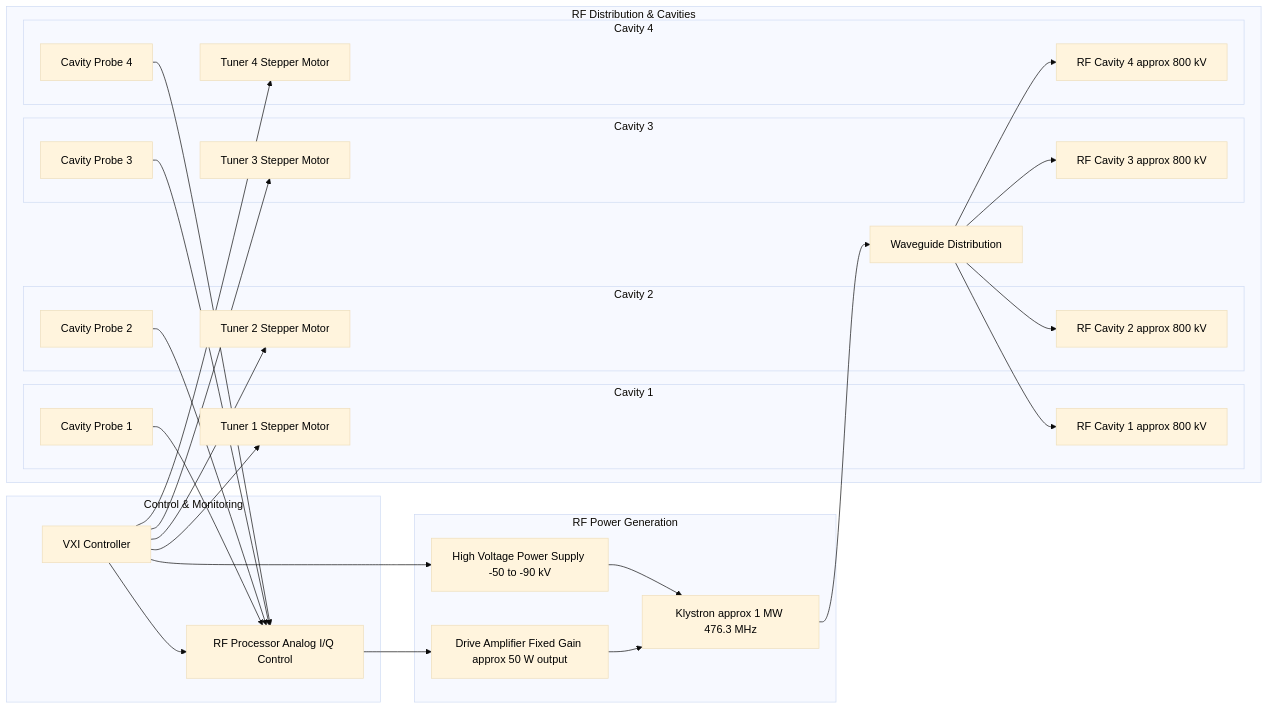
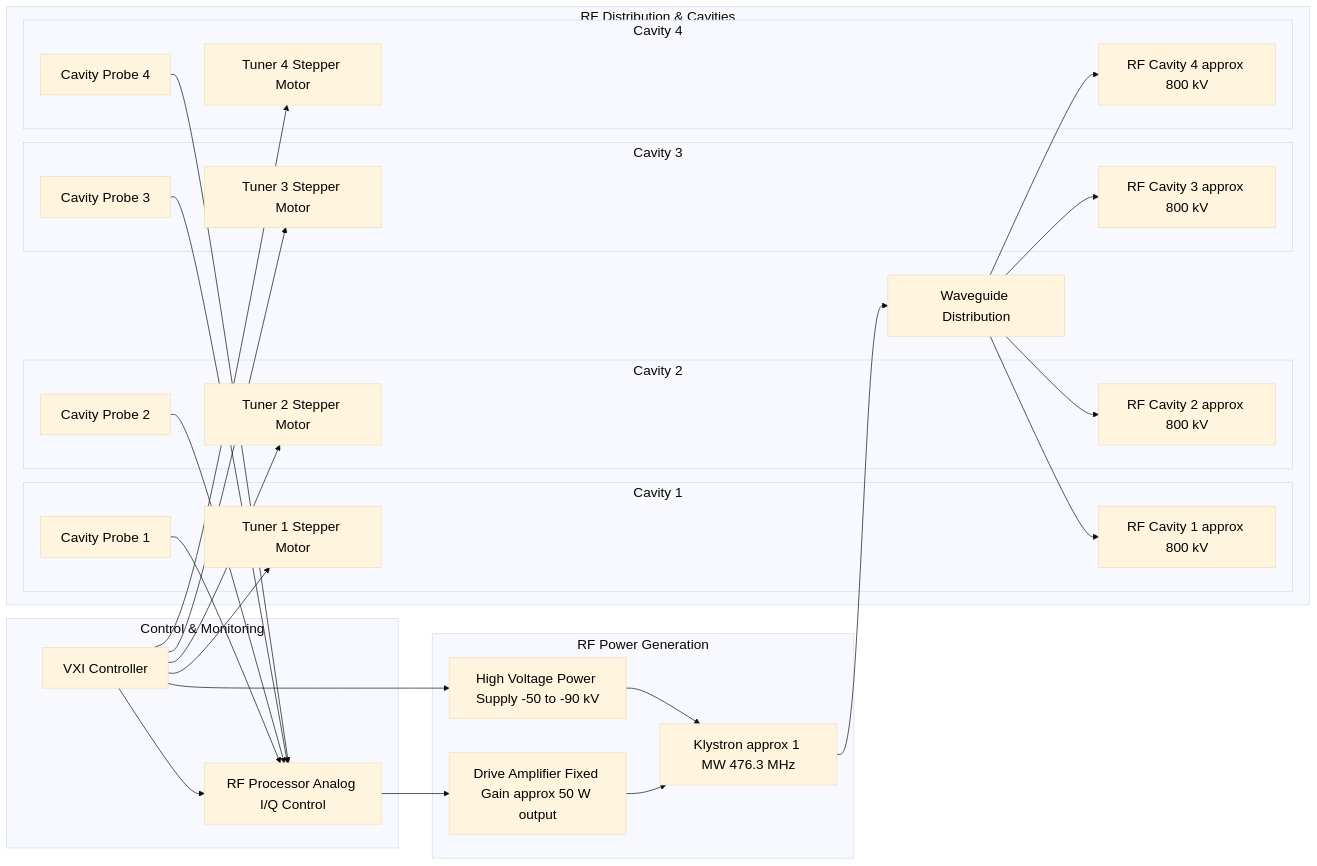
Before and after one commit to fayaw/spearlegacyLLRF: the second of 18 diagrams in SPEAR3_LLRF_COMPREHENSIVE_ANALYSIS.md, drawn with Mermaid. The commit also changed other lines of this file, not shown here.

First line of the commit message:
Increase font to 20px on 7 diagrams, fix lead screw spec from 20 TPI to 1/2-10 Acme

````diff
--- a/SPEAR3_LLRF_COMPREHENSIVE_ANALYSIS.md
+++ b/SPEAR3_LLRF_COMPREHENSIVE_ANALYSIS.md
@@ -74,64 +74,64 @@
 ```mermaid
-%%{init: {'theme':'base', 'themeVariables': {'fontSize': '16px', 'fontFamily': 'Arial', 'primaryTextColor': '#000000'}}}%%
+%%{init: {'theme':'base', 'themeVariables': {'fontSize': '20px', 'fontFamily': 'Arial', 'primaryTextColor': '#000000'}}}%%
 graph LR
  subgraph "RF Power Generation"
  HVPS[High Voltage Power Supply -50 to -90 kV]
  Drive[Drive Amplifier Fixed Gain approx 50 W output]
  Klystron[Klystron approx 1 MW 476.3 MHz]
  end
  
  subgraph "RF Distribution & Cavities"
  WG[Waveguide Distribution]
  
  subgraph "Cavity 1"
  C1[RF Cavity 1 approx 800 kV]
  T1[Tuner 1 Stepper Motor]
  P1[Cavity Probe 1]
  end
  
  subgraph "Cavity 2"
  C2[RF Cavity 2 approx 800 kV]
  T2[Tuner 2 Stepper Motor]
  P2[Cavity Probe 2]
  end
  
  subgraph "Cavity 3"
  C3[RF Cavity 3 approx 800 kV]
  T3[Tuner 3 Stepper Motor]
  P3[Cavity Probe 3]
  end
  
  subgraph "Cavity 4"
  C4[RF Cavity 4 approx 800 kV]
  T4[Tuner 4 Stepper Motor]
  P4[Cavity Probe 4]
  end
  end
  
  subgraph "Control & Monitoring"
  RFP[RF Processor Analog I/Q Control]
  VXI[VXI Controller]
  end
  
  HVPS --> Klystron
  Drive --> Klystron
  RFP --> Drive
  Klystron --> WG
  
  WG --> C1
  WG --> C2
  WG --> C3
  WG --> C4
  
  P1 --> RFP
  P2 --> RFP
  P3 --> RFP
  P4 --> RFP
  
  VXI --> HVPS
  VXI --> RFP
  VXI --> T1
  VXI --> T2
  VXI --> T3
  VXI --> T4
 ```
````
